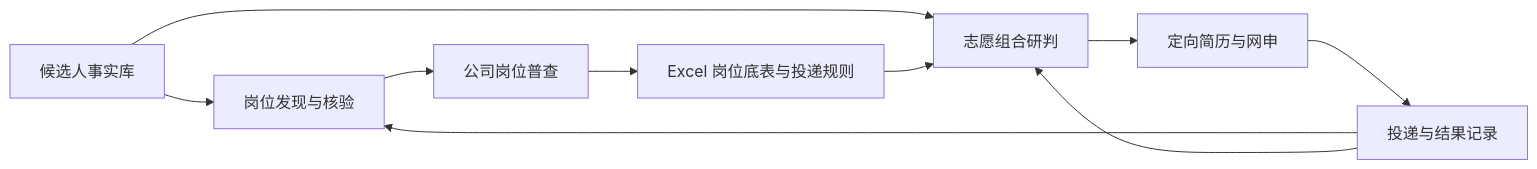
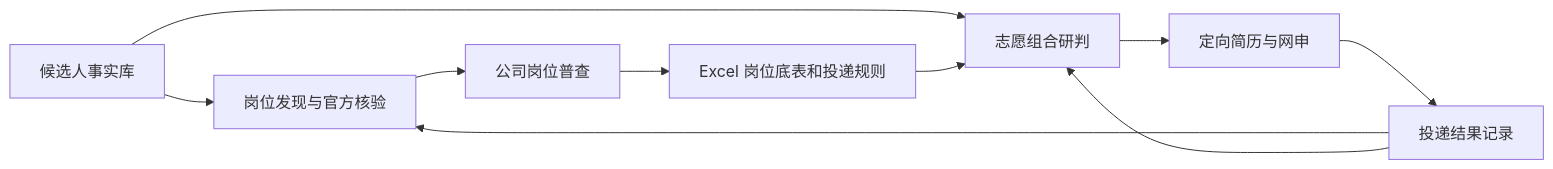
The diagram in README.md (gsj3644-code/campus-application-agent-workflow), drawn with Mermaid before and after one commit. The commit also changed other lines of this file and 5 other files, not shown here.

````diff
--- a/README.md
+++ b/README.md
@@ -9,12 +15,12 @@
 ```mermaid
 flowchart LR
-  A[候选人事实库] --> B[岗位发现与核验]
+  A[候选人事实库] --> B[岗位发现与官方核验]
   B --> C[公司岗位普查]
-  C --> D[Excel 岗位底表与投递规则]
+  C --> D[Excel 岗位底表和投递规则]
   A --> E[志愿组合研判]
   D --> E
   E --> F[定向简历与网申]
-  F --> G[投递与结果记录]
+  F --> G[投递结果记录]
   G --> B
   G --> E
 ```
````
